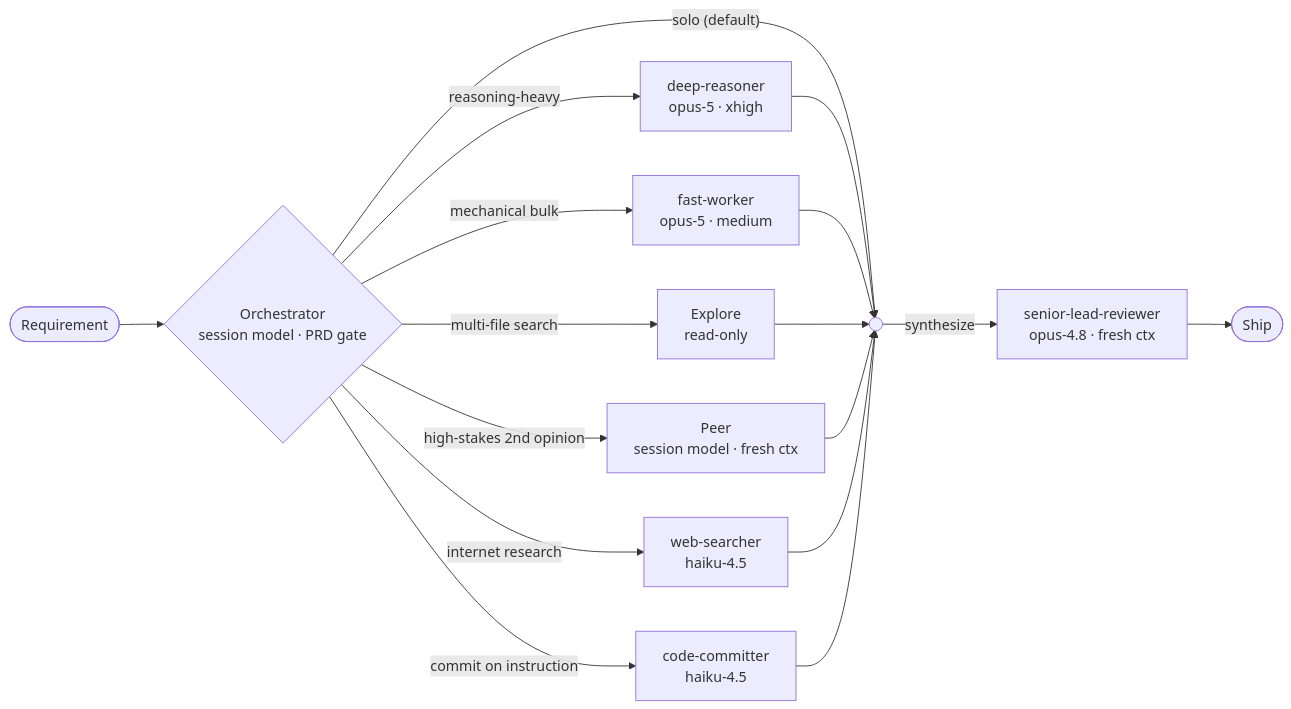
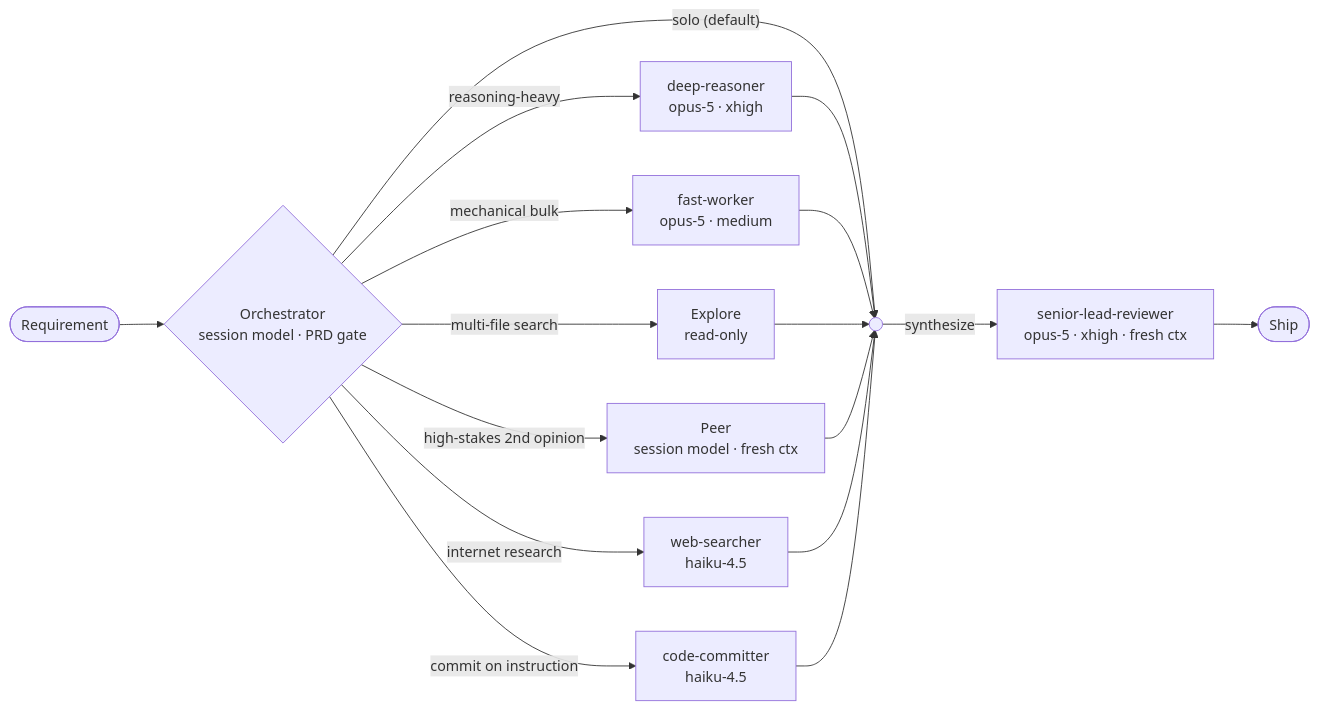
Before and after one commit to wonpanu/ai-harness: the diagram in README.md, drawn with Mermaid. The commit also changed other lines of this file and 5 other files, not shown here.

Commit message:
rename fable-mode to frontier-mode; senior-lead-reviewer to opus-5 xhigh

````diff
--- a/README.md
+++ b/README.md
@@ -18,20 +18,20 @@
 ```mermaid
 flowchart LR
     REQ([Requirement]) --> ORCH
     ORCH{"Orchestrator<br/>session model · PRD gate"}
     ORCH -->|"solo (default)"| SYN(( ))
     ORCH -->|reasoning-heavy| DEEP["deep-reasoner<br/>opus-5 · xhigh"]
     ORCH -->|mechanical bulk| FAST["fast-worker<br/>opus-5 · medium"]
     ORCH -->|multi-file search| EXP["Explore<br/>read-only"]
     ORCH -->|high-stakes 2nd opinion| PEER["Peer<br/>session model · fresh ctx"]
     ORCH -->|internet research| WEB["web-searcher<br/>haiku-4.5"]
     ORCH -->|commit on instruction| COMMIT["code-committer<br/>haiku-4.5"]
     DEEP --> SYN
     FAST --> SYN
     EXP --> SYN
     PEER --> SYN
     WEB --> SYN
     COMMIT --> SYN
-    SYN -->|synthesize| REV["senior-lead-reviewer<br/>opus-4.8 · fresh ctx"]
+    SYN -->|synthesize| REV["senior-lead-reviewer<br/>opus-5 · xhigh · fresh ctx"]
     REV --> SHIP([Ship])
 ```
````
